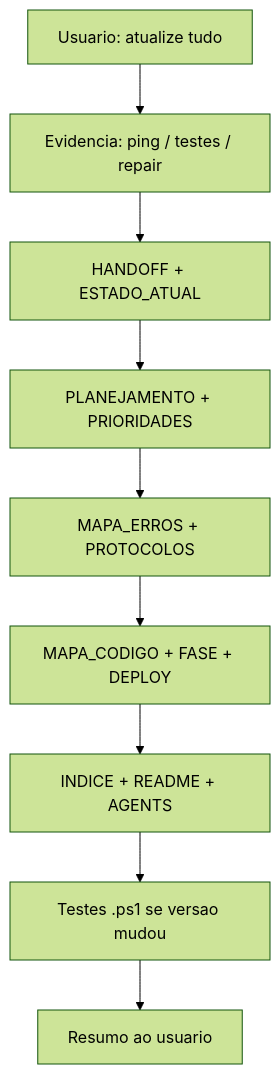
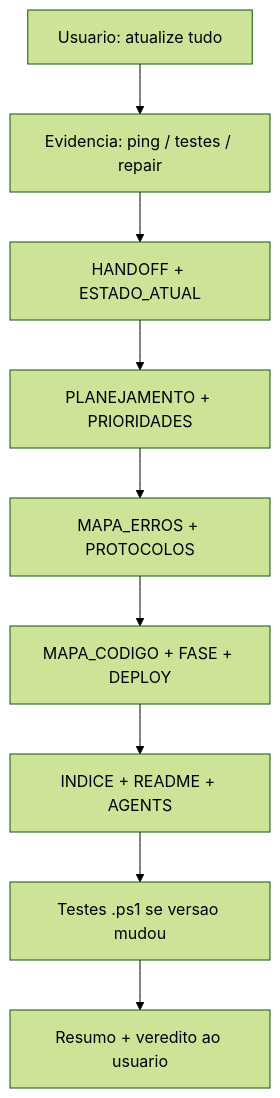
The diagram in docs/ativos/PROTOCOLO_ATUALIZAR_TUDO.md (ribocg-a11y/movikids), drawn with Mermaid (forest theme) before and after one commit. The commit also changed other lines of this file and 14 other files, not shown here.

````diff
--- a/docs/ativos/PROTOCOLO_ATUALIZAR_TUDO.md
+++ b/docs/ativos/PROTOCOLO_ATUALIZAR_TUDO.md
@@ -93,11 +87,11 @@
 ```mermaid
 flowchart TD
   U[Usuario: atualize tudo] --> E[Evidencia: ping / testes / repair]
   E --> H[HANDOFF + ESTADO_ATUAL]
   H --> P[PLANEJAMENTO + PRIORIDADES]
   P --> M[MAPA_ERROS + PROTOCOLOS]
   M --> A[MAPA_CODIGO + FASE + DEPLOY]
   A --> I[INDICE + README + AGENTS]
   I --> T[Testes .ps1 se versao mudou]
-  T --> R[Resumo ao usuario]
+  T --> R[Resumo + veredito ao usuario]
 ```
````
